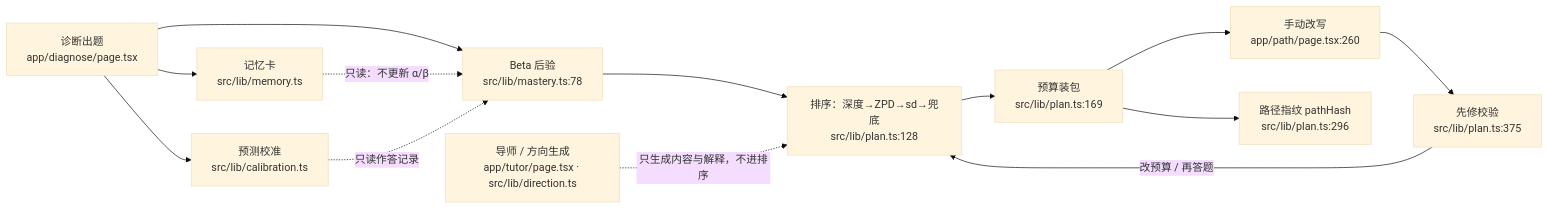
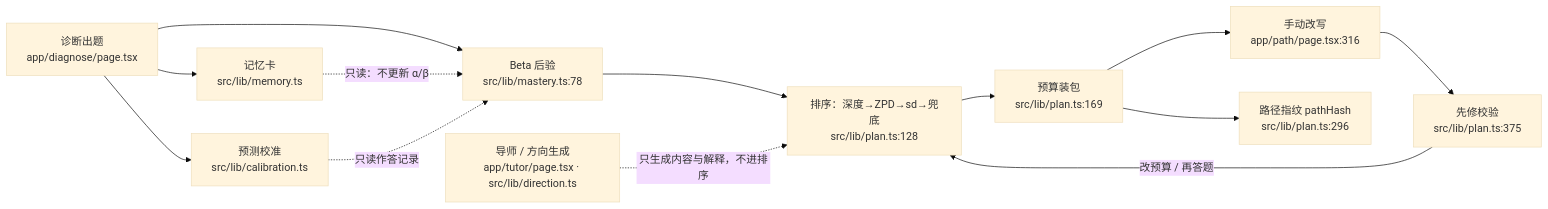
Before and after one commit to Jasonsomelike/chuanzhibei-ai-web-adaptive-learning: the first of 2 diagrams in docs/architecture.md, drawn with Mermaid (base theme). The commit also changed other lines of this file and 95 other files, not shown here.

````diff
--- a/docs/architecture.md
+++ b/docs/architecture.md
@@ -5,15 +5,15 @@
 ```mermaid
 flowchart LR
   A["诊断出题<br/>app/diagnose/page.tsx"] --> B["Beta 后验<br/>src/lib/mastery.ts:78"]
   B --> C["排序：深度→ZPD→sd→兜底<br/>src/lib/plan.ts:128"]
   C --> D["预算装包<br/>src/lib/plan.ts:169"]
-  D --> E["手动改写<br/>app/path/page.tsx:260"]
+  D --> E["手动改写<br/>app/path/page.tsx:316"]
   E --> F["先修校验<br/>src/lib/plan.ts:375"]
   F -->|改预算 / 再答题| C
   D --> G["路径指纹 pathHash<br/>src/lib/plan.ts:296"]
   T["导师 / 方向生成<br/>app/tutor/page.tsx · src/lib/direction.ts"] -. "只生成内容与解释，不进排序" .-> C
   A --> M["记忆卡<br/>src/lib/memory.ts"]
   A --> CAL["预测校准<br/>src/lib/calibration.ts"]
   M -. "只读：不更新 α/β" .-> B
   CAL -. "只读作答记录" .-> B
 ```
````
